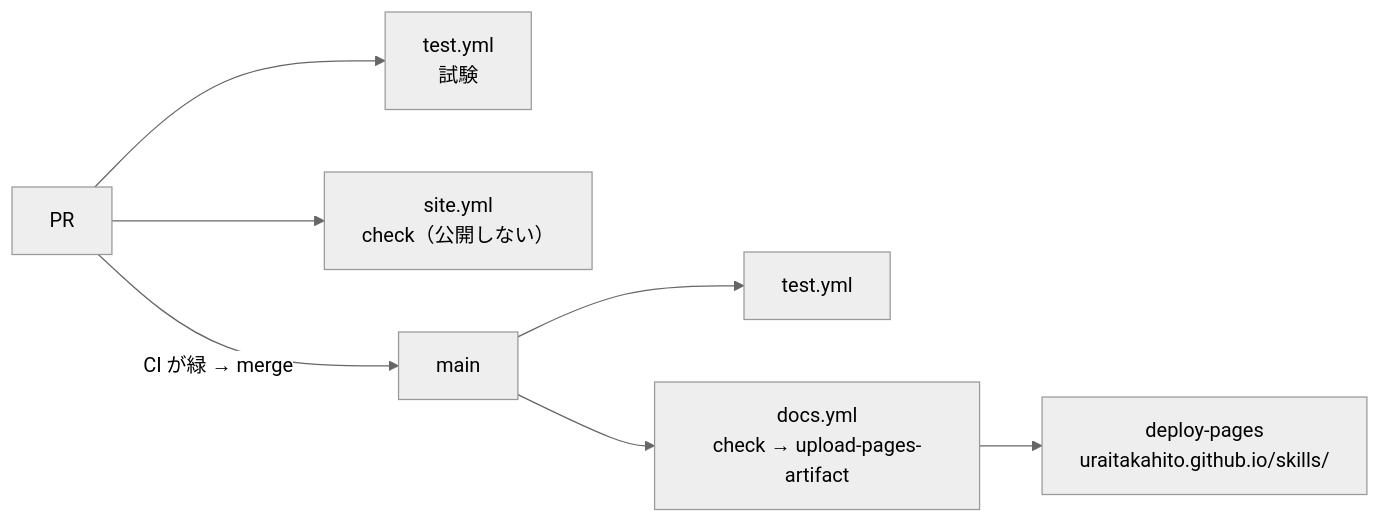
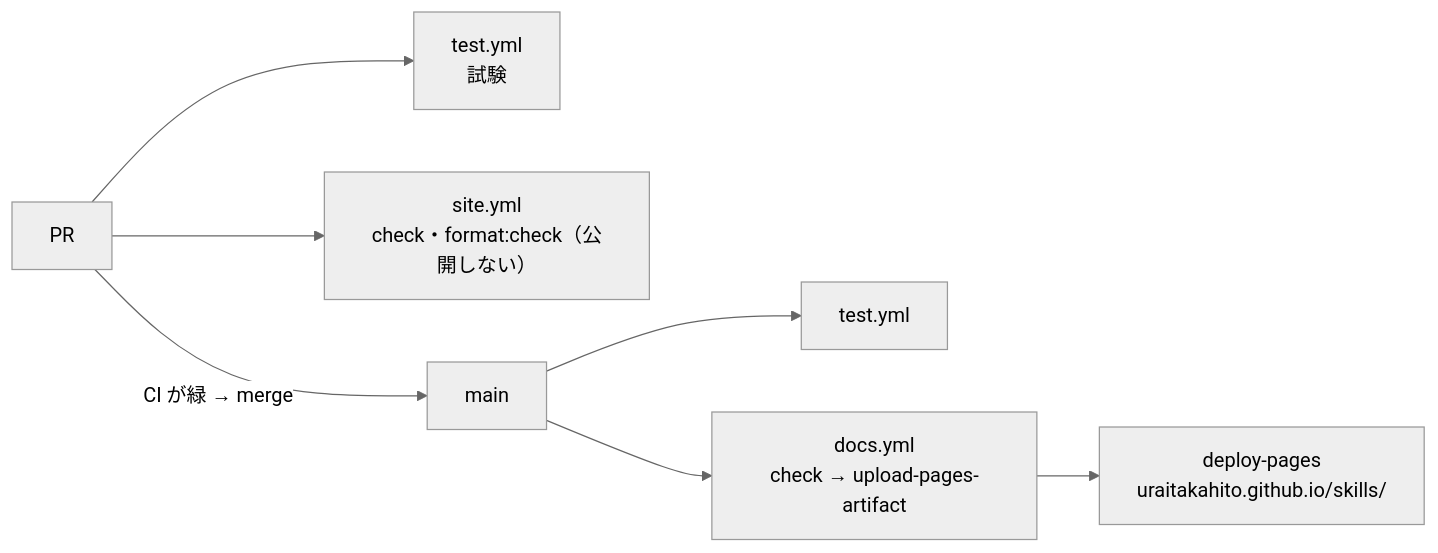
Before and after one commit to uraitakahito/roster: the diagram in docs-site/src/content/docs/development.md, drawn with Mermaid (neutral theme). The commit also changed other lines of this file and 4 other files, not shown here.

First line of the commit message:
fix: check-refs.mjs を Prettier で整え、docs-site の code の整形を PR で見る（t-check-refs-prettier） (#43)

````diff
--- a/docs-site/src/content/docs/development.md
+++ b/docs-site/src/content/docs/development.md
@@ -43,9 +47,9 @@
 ```mermaid
 flowchart LR
   PR["PR"] --> T["test.yml<br/>試験"]
-  PR --> C["site.yml<br/>check（公開しない）"]
+  PR --> C["site.yml<br/>check・format:check（公開しない）"]
   PR -->|"CI が緑 → merge"| M["main"]
   M --> T2["test.yml"]
   M --> D["docs.yml<br/>check → upload-pages-artifact"]
   D --> P["deploy-pages<br/>uraitakahito.github.io/skills/"]
 ```
````
